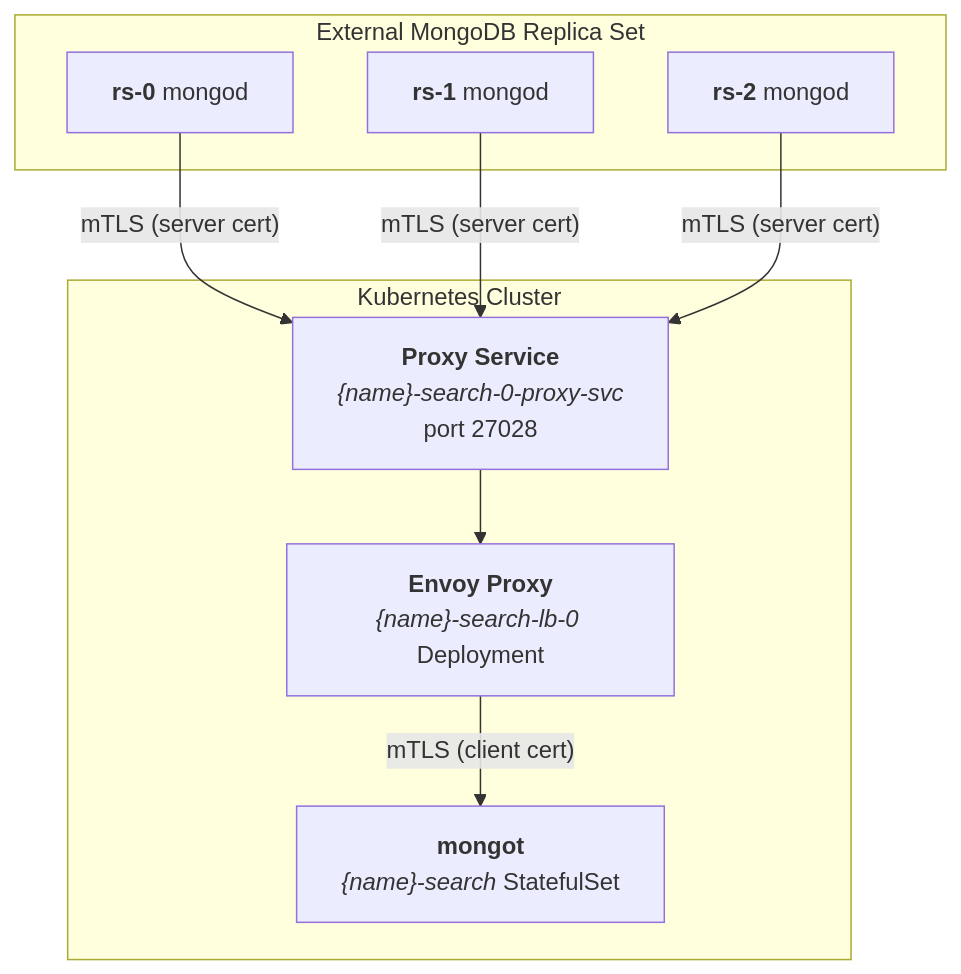
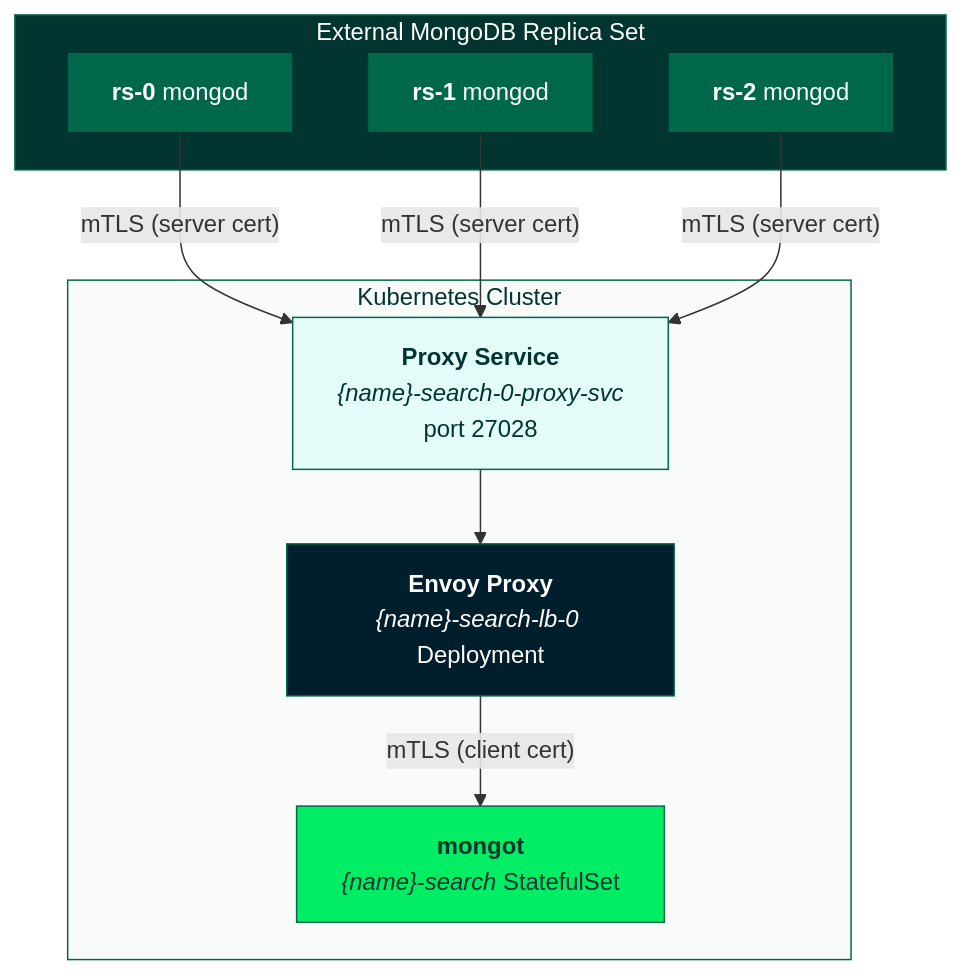
The first of 2 diagrams in docs/search/10-search-external-rs-mongod-managed-lb/README.md (mongodb/mongodb-kubernetes), drawn with Mermaid before and after one commit. The commit also changed other lines of this file and 3 other files, not shown here.

Commit message:
Style Mermaid diagrams with MongoDB brand colors

````diff
--- a/docs/search/10-search-external-rs-mongod-managed-lb/README.md
+++ b/docs/search/10-search-external-rs-mongod-managed-lb/README.md
@@ -13,20 +13,33 @@
 ```mermaid
 graph TD
     subgraph ext["External MongoDB Replica Set"]
         rs0["<b>rs-0</b> mongod"]
         rs1["<b>rs-1</b> mongod"]
         rs2["<b>rs-2</b> mongod"]
     end
 
     subgraph k8s["Kubernetes Cluster"]
         ps["<b>Proxy Service</b><br/><i>{name}-search-0-proxy-svc</i><br/>port 27028"]
         envoy["<b>Envoy Proxy</b><br/><i>{name}-search-lb-0</i> Deployment"]
         mongot["<b>mongot</b><br/><i>{name}-search</i> StatefulSet"]
     end
 
     rs0 -- "mTLS (server cert)" --> ps
     rs1 -- "mTLS (server cert)" --> ps
     rs2 -- "mTLS (server cert)" --> ps
     ps --> envoy
     envoy -- "mTLS (client cert)" --> mongot
+
+    classDef mongod fill:#00684A,stroke:#023430,color:#fff
+    classDef mongot fill:#00ED64,stroke:#00684A,color:#023430
+    classDef envoyNode fill:#001E2B,stroke:#00684A,color:#fff
+    classDef svc fill:#E3FCF7,stroke:#00684A,color:#023430
+
+    class rs0,rs1,rs2 mongod
+    class mongot mongot
+    class envoy envoyNode
+    class ps svc
+
+    style ext fill:#023430,stroke:#00684A,color:#fff
+    style k8s fill:#F9FBFA,stroke:#00684A,color:#023430
 ```
````
